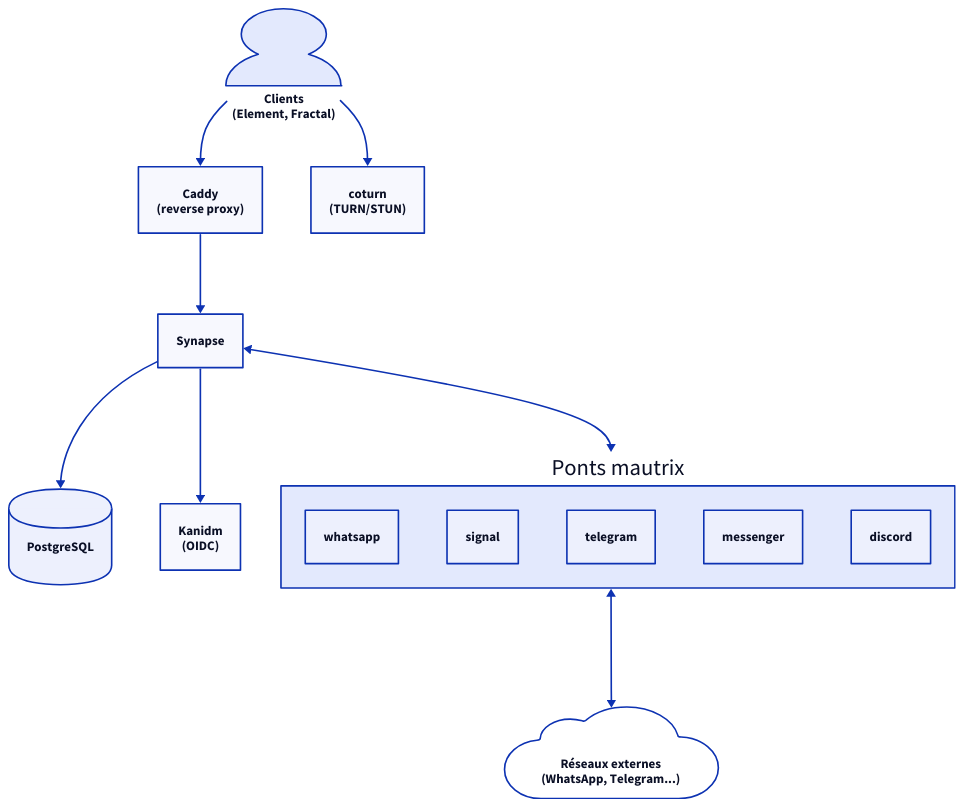
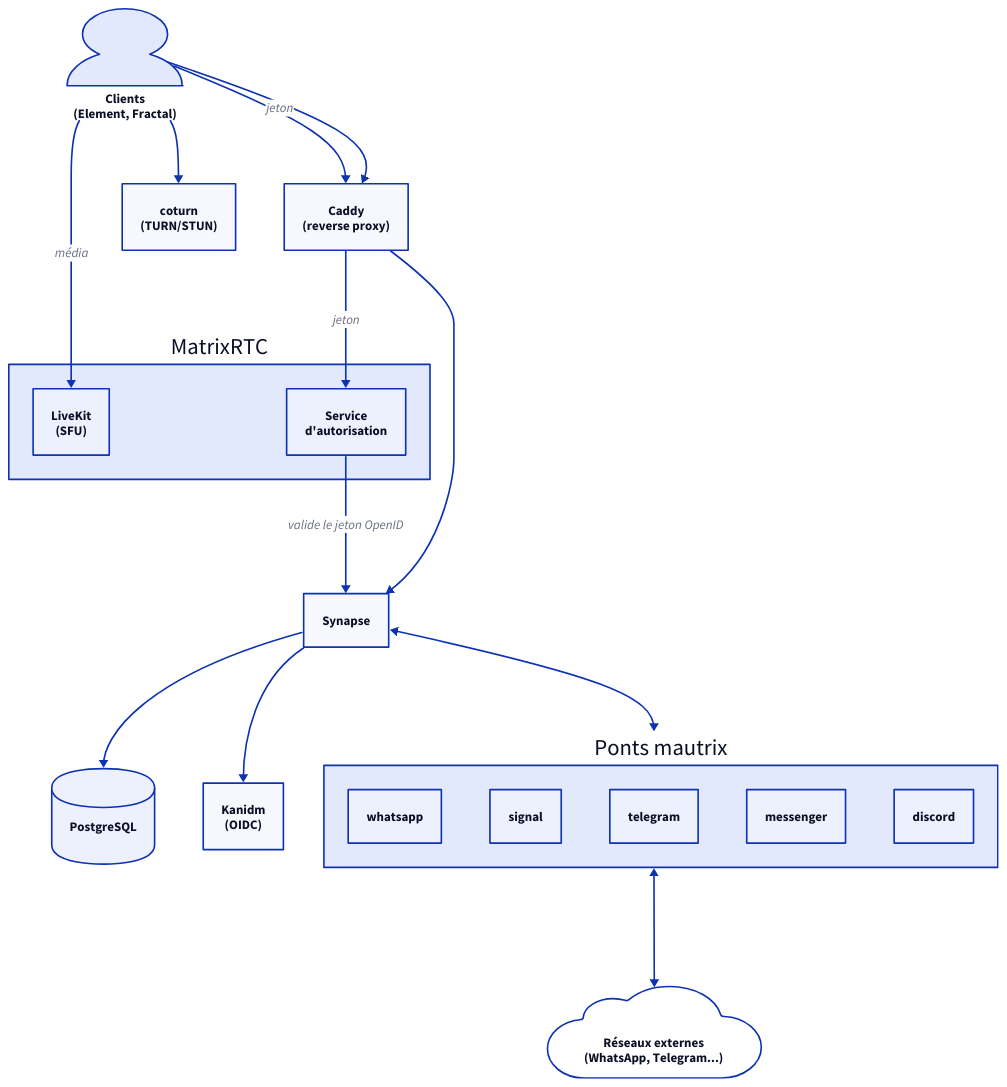
The first of 3 diagrams in src/content/docs/fr/doc/admin-guide/understand/matrix.mdx (darkone-linux/dnf-doc), drawn with D2 before and after one commit. The commit also changed other lines of this file and 3 other files, not shown here.

Commit message:
feat(matrix): add the MatrixRTC backend for Element Call group calls

````diff
--- a/src/content/docs/fr/doc/admin-guide/understand/matrix.mdx
+++ b/src/content/docs/fr/doc/admin-guide/understand/matrix.mdx
@@ -26,34 +26,41 @@
 ```d2
 style.fill: transparent
 direction: down
 
 client: Clients\n(Element, Fractal) {
   shape: person
 }
 caddy: Caddy\n(reverse proxy)
 synapse: Synapse {
   shape: rectangle
 }
 pg: PostgreSQL {
   shape: cylinder
 }
 idm: Kanidm\n(OIDC)
 turn: coturn\n(TURN/STUN)
+rtc: MatrixRTC {
+  sfu: LiveKit\n(SFU)
+  jwt: Service\nd'autorisation
+}
 
 bridges: Ponts mautrix {
   wa: whatsapp
   sig: signal
   tg: telegram
   meta: messenger
   dc: discord
 }
 
 ext: Réseaux externes\n(WhatsApp, Telegram...) {
   shape: cloud
 }
 
 client -> caddy -> synapse -> pg
 synapse -> idm
 client -> turn
+client -> rtc.sfu: média
+client -> caddy -> rtc.jwt: jeton
+rtc.jwt -> synapse: valide le jeton OpenID
 synapse <-> bridges <-> ext
 ```
````
